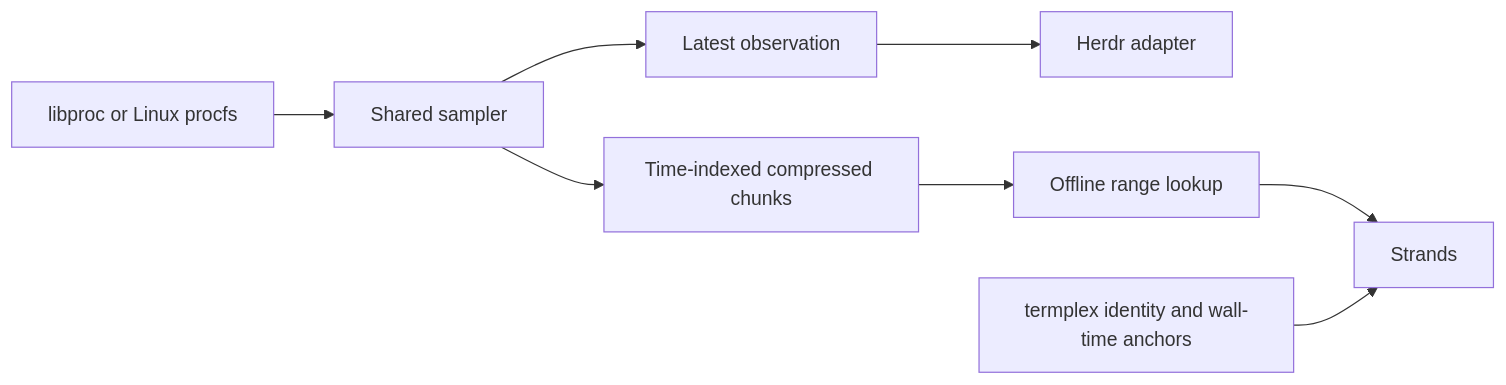
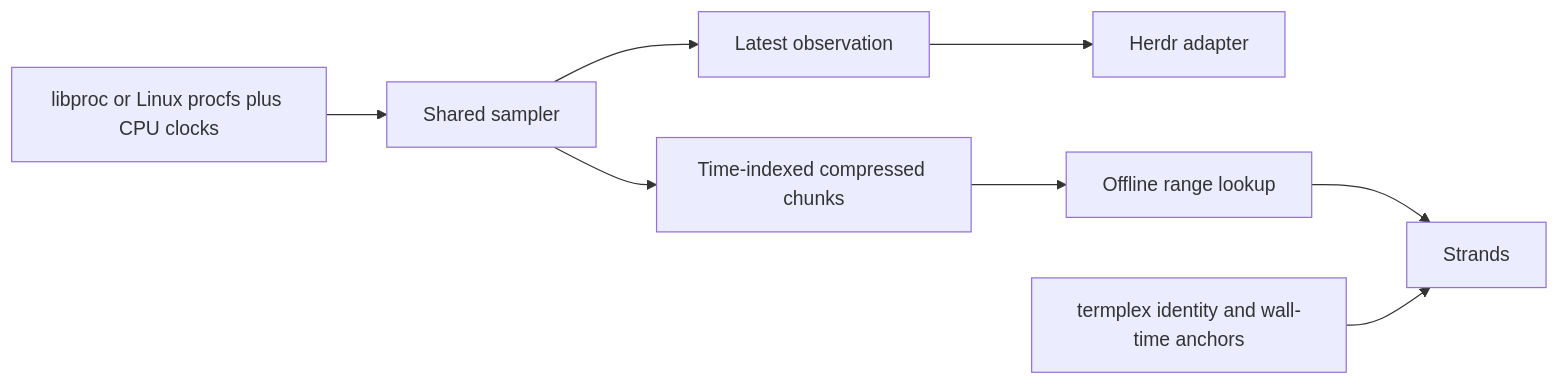
One commit to unphased/vim-config changed the diagram in herdr-plugins/pane-load/PROCSTATS_DAEMON_PLAN.md. Above: the diagram before and after it, drawn with Mermaid. The commit also changed other lines of this file and 5 other files, not shown here.

````diff
--- a/herdr-plugins/pane-load/PROCSTATS_DAEMON_PLAN.md
+++ b/herdr-plugins/pane-load/PROCSTATS_DAEMON_PLAN.md
@@ -22,10 +22,10 @@
 ```mermaid
 flowchart LR
-  OS[libproc or Linux procfs] --> S[Shared sampler]
+  OS[libproc or Linux procfs plus CPU clocks] --> S[Shared sampler]
   S --> L[Latest observation]
   S --> R[Time-indexed compressed chunks]
   L --> H[Herdr adapter]
   R --> Q[Offline range lookup]
   Q --> V[Strands]
   T[termplex identity and wall-time anchors] --> V
 ```
````
